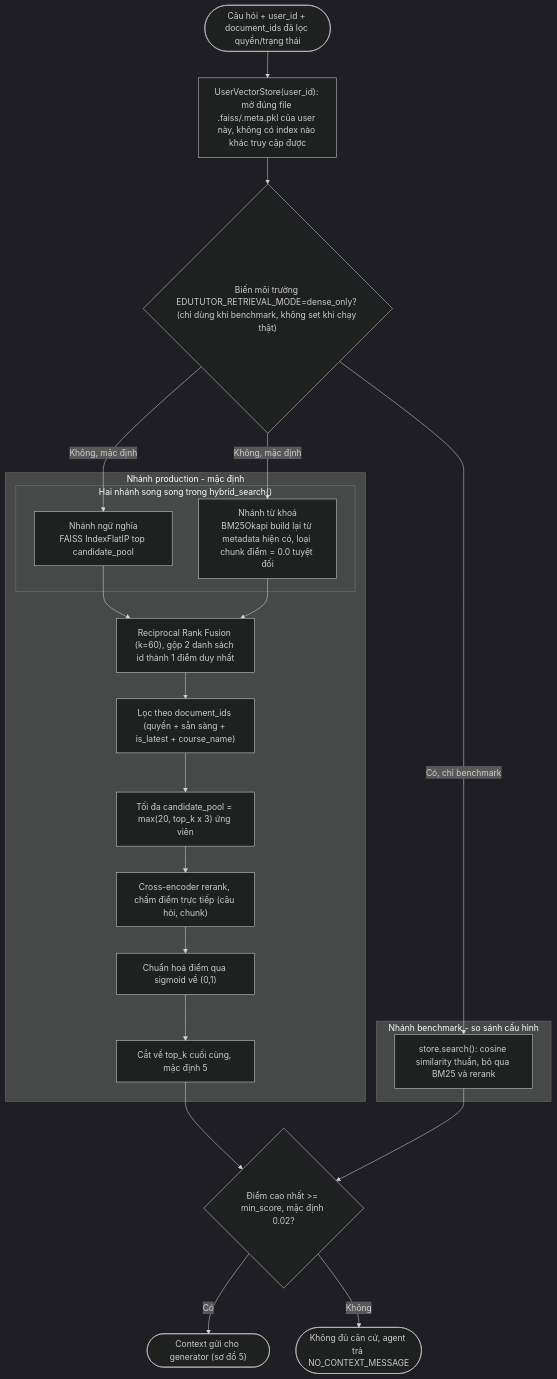
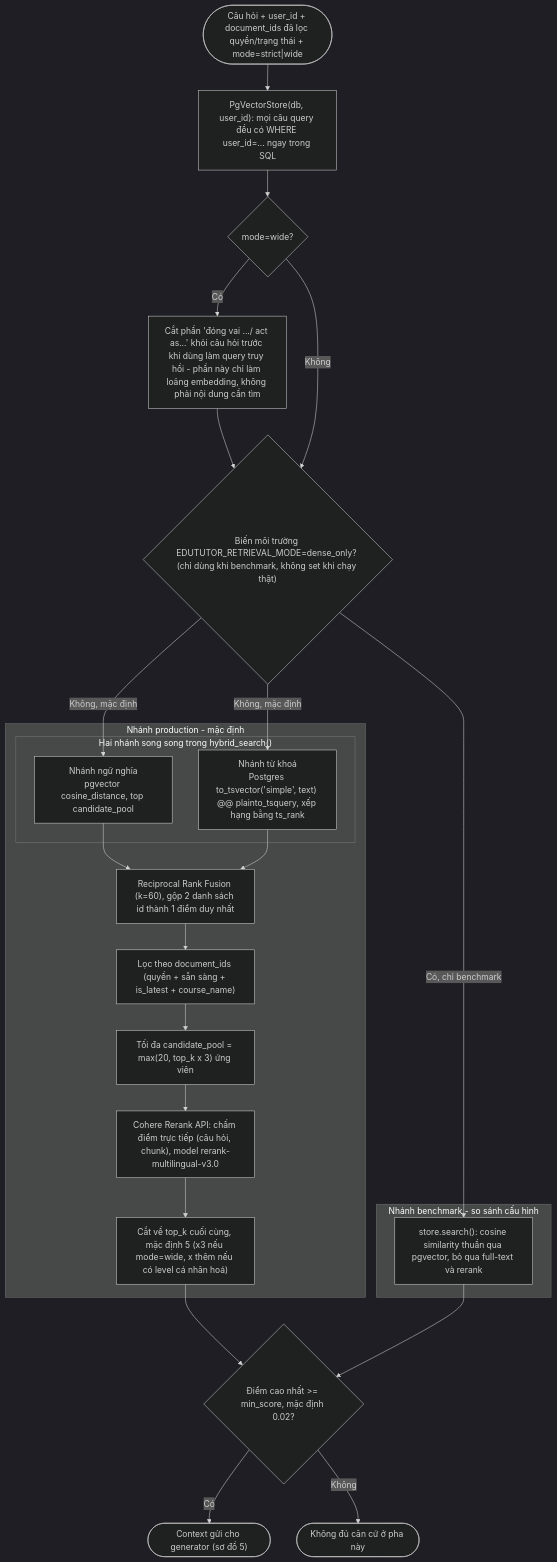
The sixth of 12 diagrams in docs/architecture-diagrams.md (Thaihoangbach/LearningAssistant), drawn with Mermaid (dark theme) before and after one commit. The commit also changed other lines of this file and 25 other files, not shown here.

````diff
--- a/docs/architecture-diagrams.md
+++ b/docs/architecture-diagrams.md
@@ -379,46 +449,49 @@
 ```mermaid
 flowchart TB
-    Q(["Câu hỏi + user_id + document_ids đã lọc quyền/trạng thái"])
+    Q(["Câu hỏi + user_id + document_ids đã lọc quyền/trạng thái + mode=strict|wide"])
 
-    ISOLATE["UserVectorStore(user_id): mở đúng file .faiss/.meta.pkl của user này, không có index nào khác truy cập được"]
+    ISOLATE["PgVectorStore(db, user_id): mọi câu query đều có WHERE user_id=... ngay trong SQL"]
 
     MODE{"Biến môi trường EDUTUTOR_RETRIEVAL_MODE=dense_only? (chỉ dùng khi benchmark, không set khi chạy thật)"}
+    WIDECHECK{"mode=wide?"}
+    STRIP["Cắt phần 'đóng vai .../ act as...' khỏi câu hỏi trước khi dùng làm query truy hồi - phần này chỉ làm loãng embedding, không phải nội dung cần tìm"]
 
     subgraph denseonly["Nhánh benchmark - so sánh cấu hình"]
-        DENSESEARCH["store.search(): cosine similarity thuần, bỏ qua BM25 và rerank"]
+        DENSESEARCH["store.search(): cosine similarity thuần qua pgvector, bỏ qua full-text và rerank"]
     end
 
     subgraph hybrid["Nhánh production - mặc định"]
         subgraph songsong["Hai nhánh song song trong hybrid_search()"]
-            DENSE["Nhánh ngữ nghĩa<br/>FAISS IndexFlatIP top candidate_pool"]
-            BM25B["Nhánh từ khoá<br/>BM25Okapi build lại từ metadata hiện có, loại chunk điểm = 0.0 tuyệt đối"]
+            DENSE["Nhánh ngữ nghĩa<br/>pgvector cosine_distance, top candidate_pool"]
+            FTS["Nhánh từ khoá<br/>Postgres to_tsvector('simple', text) @@ plainto_tsquery, xếp hạng bằng ts_rank"]
         end
         RRF["Reciprocal Rank Fusion (k=60), gộp 2 danh sách id thành 1 điểm duy nhất"]
         FILTERDOC["Lọc theo document_ids (quyền + sẵn sàng + is_latest + course_name)"]
         CANDIDATES["Tối đa candidate_pool = max(20, top_k x 3) ứng viên"]
-        RERANK["Cross-encoder rerank, chấm điểm trực tiếp (câu hỏi, chunk)"]
-        SIGMOID["Chuẩn hoá điểm qua sigmoid về (0,1)"]
-        TOPK["Cắt về top_k cuối cùng, mặc định 5"]
+        RERANK["Cohere Rerank API: chấm điểm trực tiếp (câu hỏi, chunk), model rerank-multilingual-v3.0"]
+        TOPK["Cắt về top_k cuối cùng, mặc định 5 (x3 nếu mode=wide, x thêm nếu có level cá nhân hoá)"]
     end
 
     THRESH{"Điểm cao nhất >= min_score, mặc định 0.02?"}
     CTX(["Context gửi cho generator (sơ đồ 5)"])
-    NONE(["Không đủ căn cứ, agent trả NO_CONTEXT_MESSAGE"])
+    NONE(["Không đủ căn cứ ở pha này"])
 
     Q --> ISOLATE
-    ISOLATE --> MODE
+    ISOLATE --> WIDECHECK
+    WIDECHECK -->|"Có"| STRIP
+    STRIP --> MODE
+    WIDECHECK -->|"Không"| MODE
     MODE -->|"Có, chỉ benchmark"| DENSESEARCH
     MODE -->|"Không, mặc định"| DENSE
-    MODE -->|"Không, mặc định"| BM25B
+    MODE -->|"Không, mặc định"| FTS
     DENSE --> RRF
-    BM25B --> RRF
+    FTS --> RRF
     RRF --> FILTERDOC
     FILTERDOC --> CANDIDATES
     CANDIDATES --> RERANK
-    RERANK --> SIGMOID
-    SIGMOID --> TOPK
+    RERANK --> TOPK
     TOPK --> THRESH
     DENSESEARCH --> THRESH
     THRESH -->|"Có"| CTX
     THRESH -->|"Không"| NONE
 ```
````
